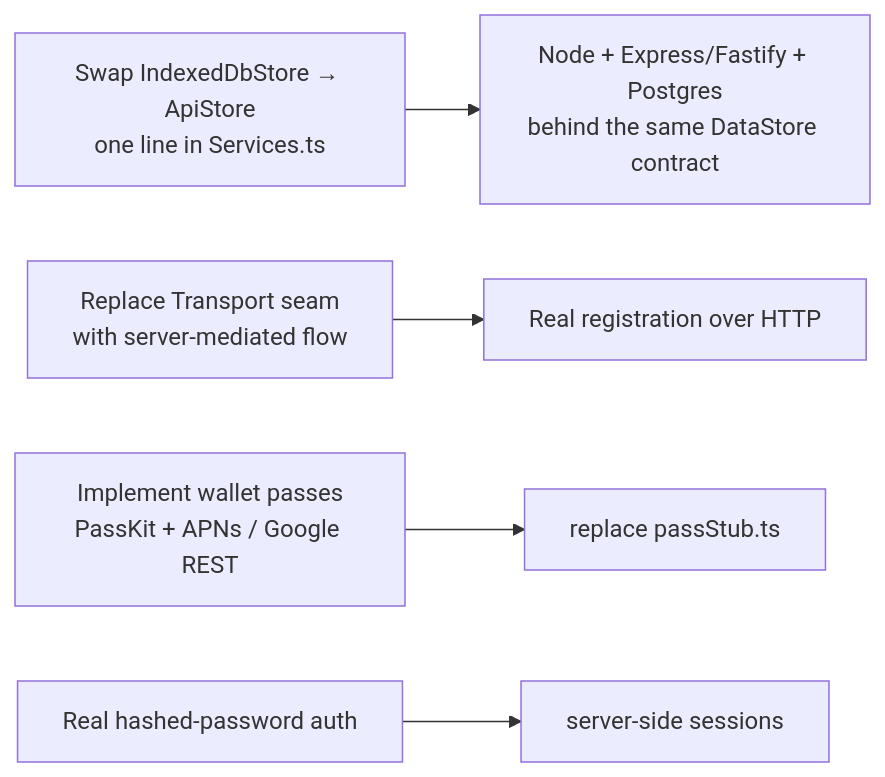
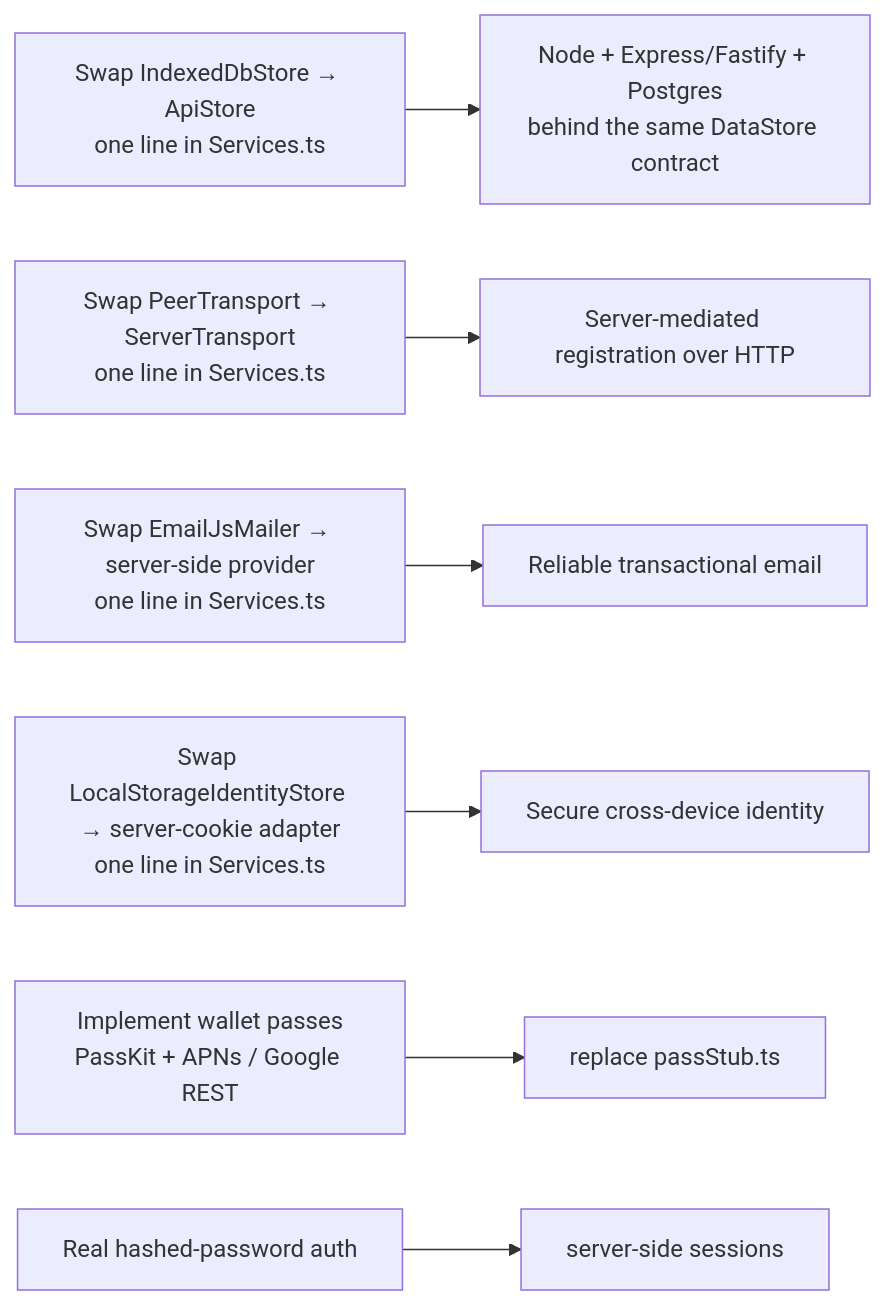
One commit to misch0n/loyalty-system changed the sixth of 6 diagrams in README.md. Above: the diagram before and after it, drawn with Mermaid. The commit also changed other lines of this file and 2 other files, not shown here.

First line of the commit message:
docs: reflect Appendix A — real PeerJS transport, Mailer/IdentityStore seams, self-register, recovery, notifications

````diff
--- a/README.md
+++ b/README.md
@@ -304,7 +353,9 @@
 ```mermaid
 flowchart LR
     A[Swap IndexedDbStore → ApiStore<br/>one line in Services.ts] --> B[Node + Express/Fastify + Postgres<br/>behind the same DataStore contract]
-    C[Replace Transport seam<br/>with server-mediated flow] --> D[Real registration over HTTP]
-    E[Implement wallet passes<br/>PassKit + APNs / Google REST] --> F[replace passStub.ts]
-    G[Real hashed-password auth] --> H[server-side sessions]
+    C[Swap PeerTransport → ServerTransport<br/>one line in Services.ts] --> D[Server-mediated registration over HTTP]
+    E[Swap EmailJsMailer → server-side provider<br/>one line in Services.ts] --> F[Reliable transactional email]
+    G[Swap LocalStorageIdentityStore → server-cookie adapter<br/>one line in Services.ts] --> H[Secure cross-device identity]
+    I[Implement wallet passes<br/>PassKit + APNs / Google REST] --> J[replace passStub.ts]
+    K[Real hashed-password auth] --> L[server-side sessions]
 ```
````
